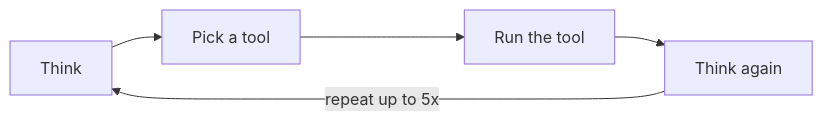
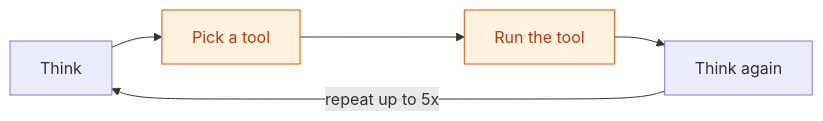
Before and after one commit to Guebbit/AI-coding-assistant: the first of 4 diagrams in docs/packages/agent.md, drawn with Mermaid. The commit also changed other lines of this file and 54 other files, not shown here.

First line of the commit message:
docs: add mermaid diagrams to quickstart & ollama-notes, color-code all flowcharts

````diff
--- a/docs/packages/agent.md
+++ b/docs/packages/agent.md
@@ -15,5 +15,7 @@
 ```mermaid
 flowchart LR
     Think["Think"] --> Pick["Pick a tool"] --> Run["Run the tool"] --> Again["Think again"]
     Again -->|"repeat up to 5x"| Think
+    style Pick fill:#fff3e0,stroke:#e65100,color:#bf360c
+    style Run fill:#fff3e0,stroke:#e65100,color:#bf360c
 ```
````
